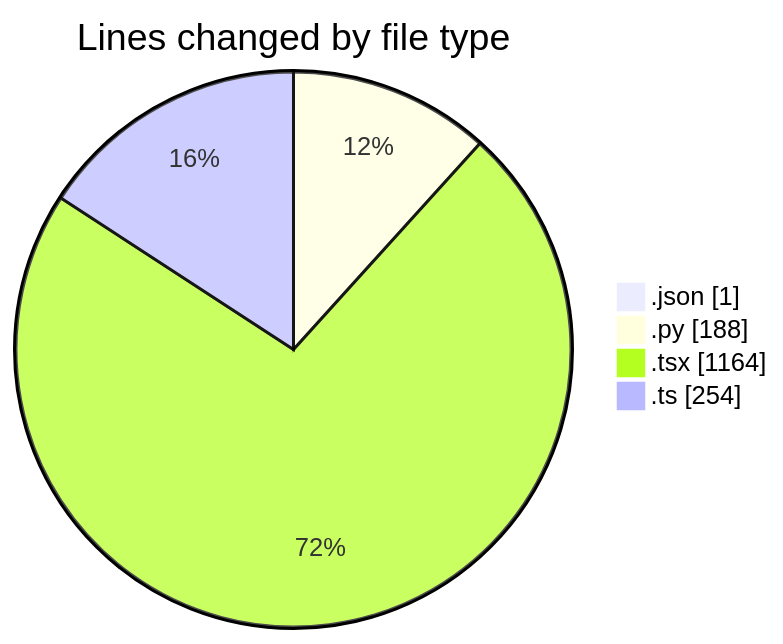
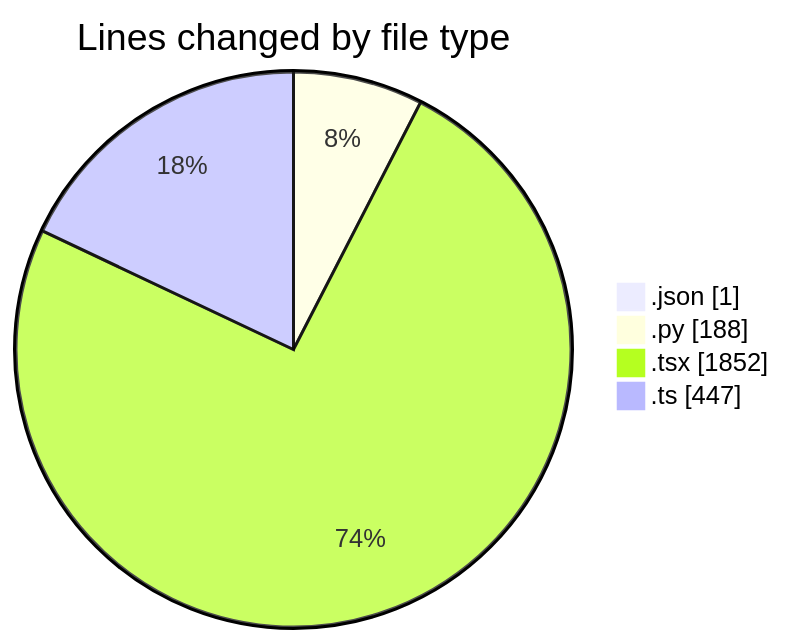
One commit to julien-gomy/code-tracking changed the first of 2 diagrams in 2025-10-06/eventscop-frontend-guide__workspace_/README.md. Above: the diagram before and after it, drawn with Mermaid. The commit also changed other lines of this file and 1 other file, not shown here.

````diff
--- a/2025-10-06/eventscop-frontend-guide__workspace_/README.md
+++ b/2025-10-06/eventscop-frontend-guide__workspace_/README.md
@@ -25,8 +28,8 @@
 ```mermaid
 pie showData
 title Lines changed by file type
 ".json" : 1
 ".py" : 188
-".tsx" : 1164
-".ts" : 254
+".tsx" : 1852
+".ts" : 447
 ```
````
